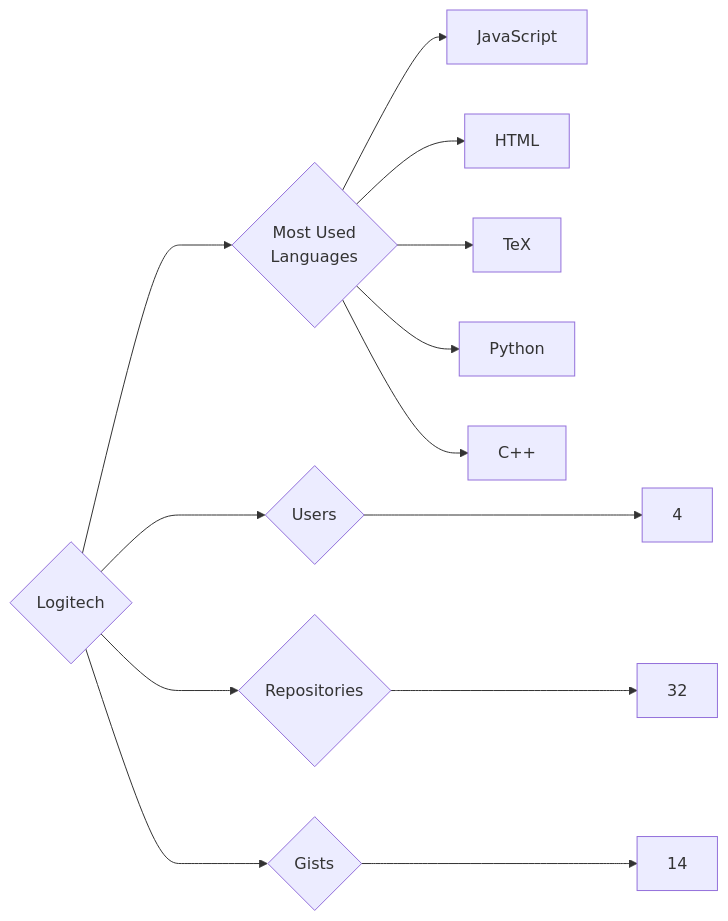
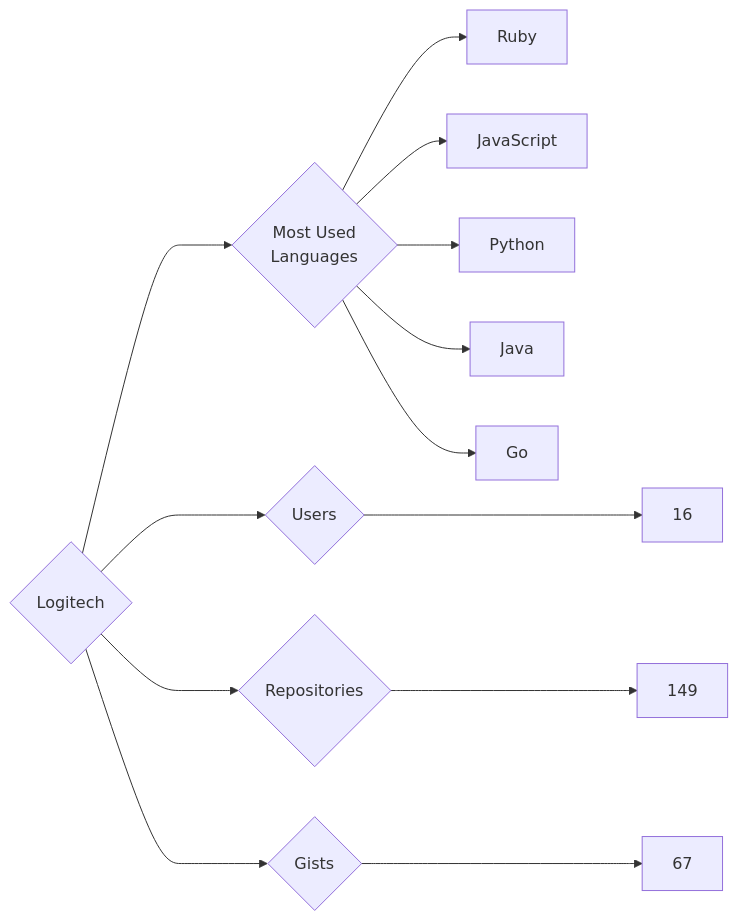
Before and after one commit to trickest/insiders: the diagram in targets/Logitech/README.md, drawn with Mermaid. The commit also changed 1696 other files, not shown here.

````diff
--- a/targets/Logitech/README.md
+++ b/targets/Logitech/README.md
@@ -3,13 +3,13 @@
 ```mermaid
 graph LR
 COMPANY_NAME{Logitech}
-COMPANY_NAME ---> U{Users} ---> UN[4]
-COMPANY_NAME ---> R{Repositories} ---> RN[32]
-COMPANY_NAME ---> G{Gists} ---> GN[14]
+COMPANY_NAME ---> U{Users} ---> UN[16]
+COMPANY_NAME ---> R{Repositories} ---> RN[149]
+COMPANY_NAME ---> G{Gists} ---> GN[67]
 COMPANY_NAME ---> ML{Most Used<br>Languages}
+ML --> Ruby[Ruby]
 ML --> JavaScript[JavaScript]
-ML --> HTML[HTML]
-ML --> TeX[TeX]
 ML --> Python[Python]
-ML --> C++[C++]
+ML --> Java[Java]
+ML --> Go[Go]
 ```
````
